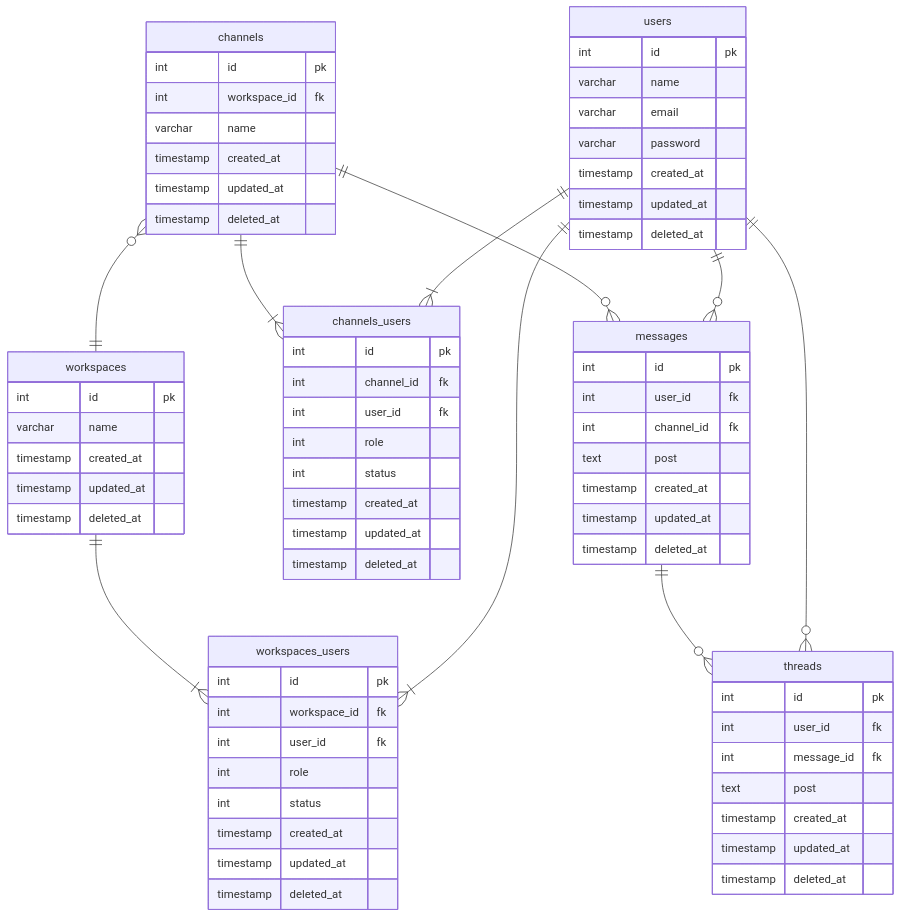
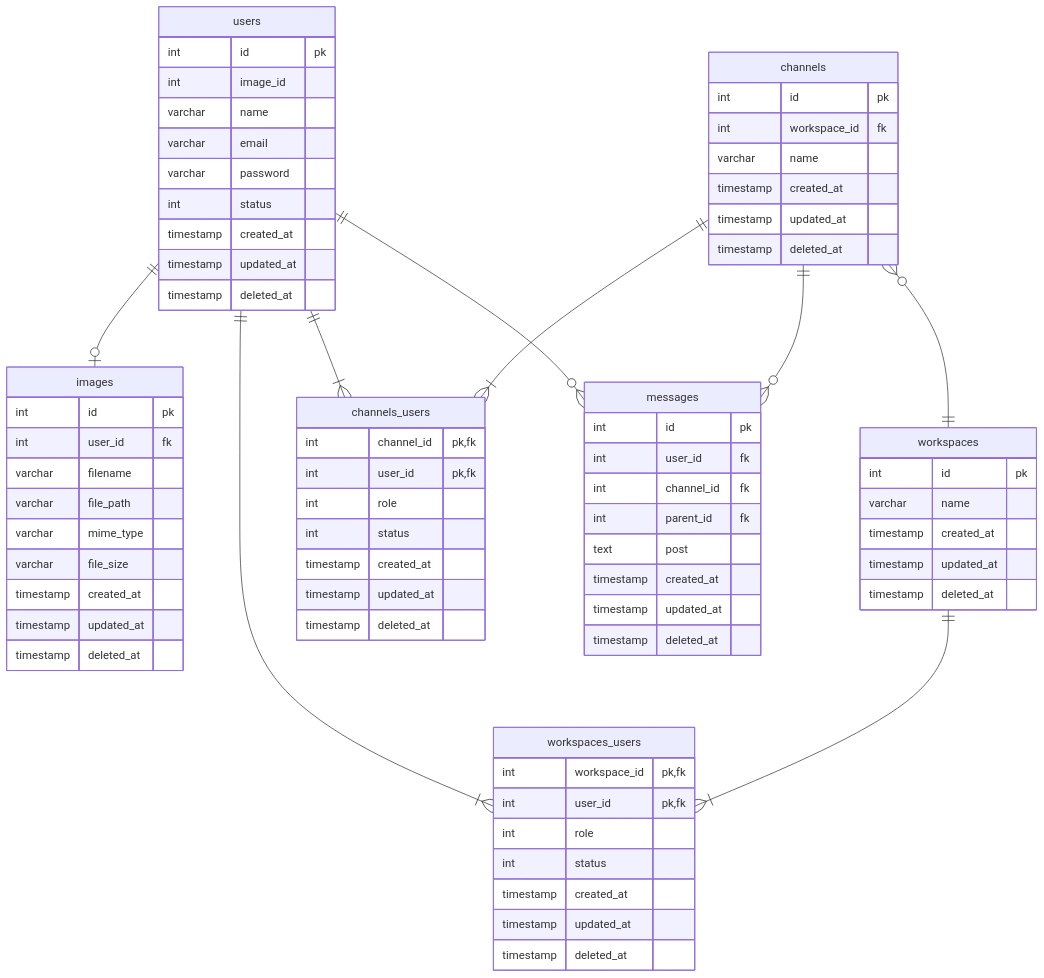
Before and after one commit to zyumax/pc_task: the diagram in データベースモデリング2/課題1/課題1-1.md, drawn with Mermaid. The commit also changed other lines of this file, not shown here.

Commit message:
テーブル設計変更

````diff
--- a/データベースモデリング2/課題1/課題1-1.md
+++ b/データベースモデリング2/課題1/課題1-1.md
@@ -29,9 +30,23 @@
 erDiagram
 users {
   int id pk
+  int image_id
   varchar name
   varchar email
   varchar password
+  int status
+  timestamp created_at
+  timestamp updated_at
+  timestamp deleted_at
+}
+
+images {
+  int id pk
+  int user_id fk
+  varchar filename
+  varchar file_path
+  varchar mime_type
+  varchar file_size
   timestamp created_at
   timestamp updated_at
   timestamp deleted_at
@@ -46,9 +61,8 @@
 }
 
 workspaces_users {
-  int id pk
-  int workspace_id fk
-  int user_id fk
+  int workspace_id pk,fk
+  int user_id pk,fk
   int role
   int status
   timestamp created_at
@@ -66,9 +80,8 @@
 }
 
 channels_users {
-  int id pk
-  int channel_id fk
-  int user_id fk
+  int channel_id pk,fk
+  int user_id pk,fk
   int role
   int status
   timestamp created_at
@@ -80,31 +93,42 @@
   int id pk
   int user_id fk
   int channel_id fk
+  int parent_id fk
   text post
   timestamp created_at
   timestamp updated_at
   timestamp deleted_at
 }
 
-threads {
-  int id pk
-  int user_id fk
-  int message_id fk
-  text post
-  timestamp created_at
-  timestamp updated_at
-  timestamp deleted_at
-}
+%% messages {
+%%   int id pk
+%%   int user_id fk
+%%   int channel_id fk
+%%   text post
+%%   timestamp created_at
+%%   timestamp updated_at
+%%   timestamp deleted_at
+%% }
+
+%% threads {
+%%   int id pk
+%%   int user_id fk
+%%   int message_id fk
+%%   text post
+%%   timestamp created_at
+%%   timestamp updated_at
+%%   timestamp deleted_at
+%% }
 
 %% relations
-%% ユーザ-ワークスペースとユーザ-チャンネル間は多対多なので、中間テーブルを作成
 users ||--|{ channels_users : ""
+users ||--o| images : ""
 channels ||--|{ channels_users : ""
 users ||--|{ workspaces_users : ""
 workspaces ||--|{ workspaces_users : ""
 users ||--o{ messages : ""
-users ||--o{ threads : ""
+%% users ||--o{ threads : ""
 channels }o--|| workspaces : ""
 channels ||--o{ messages : ""
-messages ||--o{ threads : ""
+%% messages ||--o{ threads : ""
 ```
````
